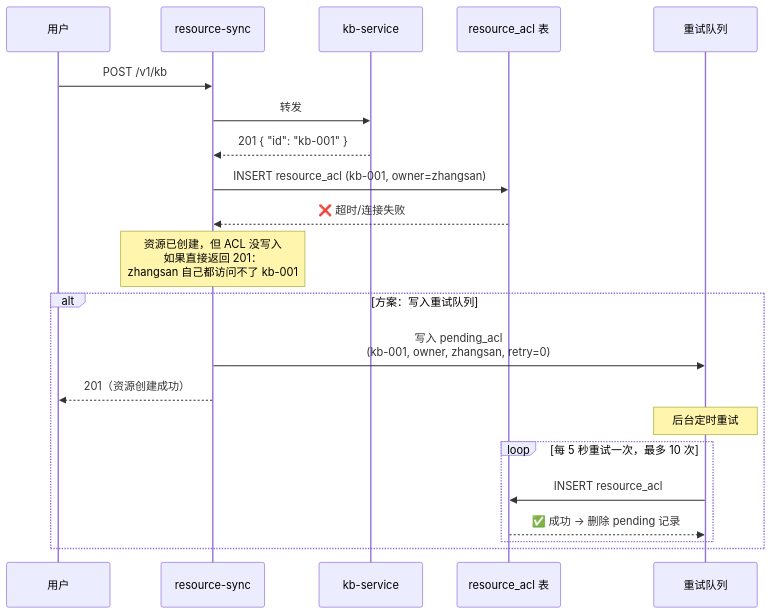
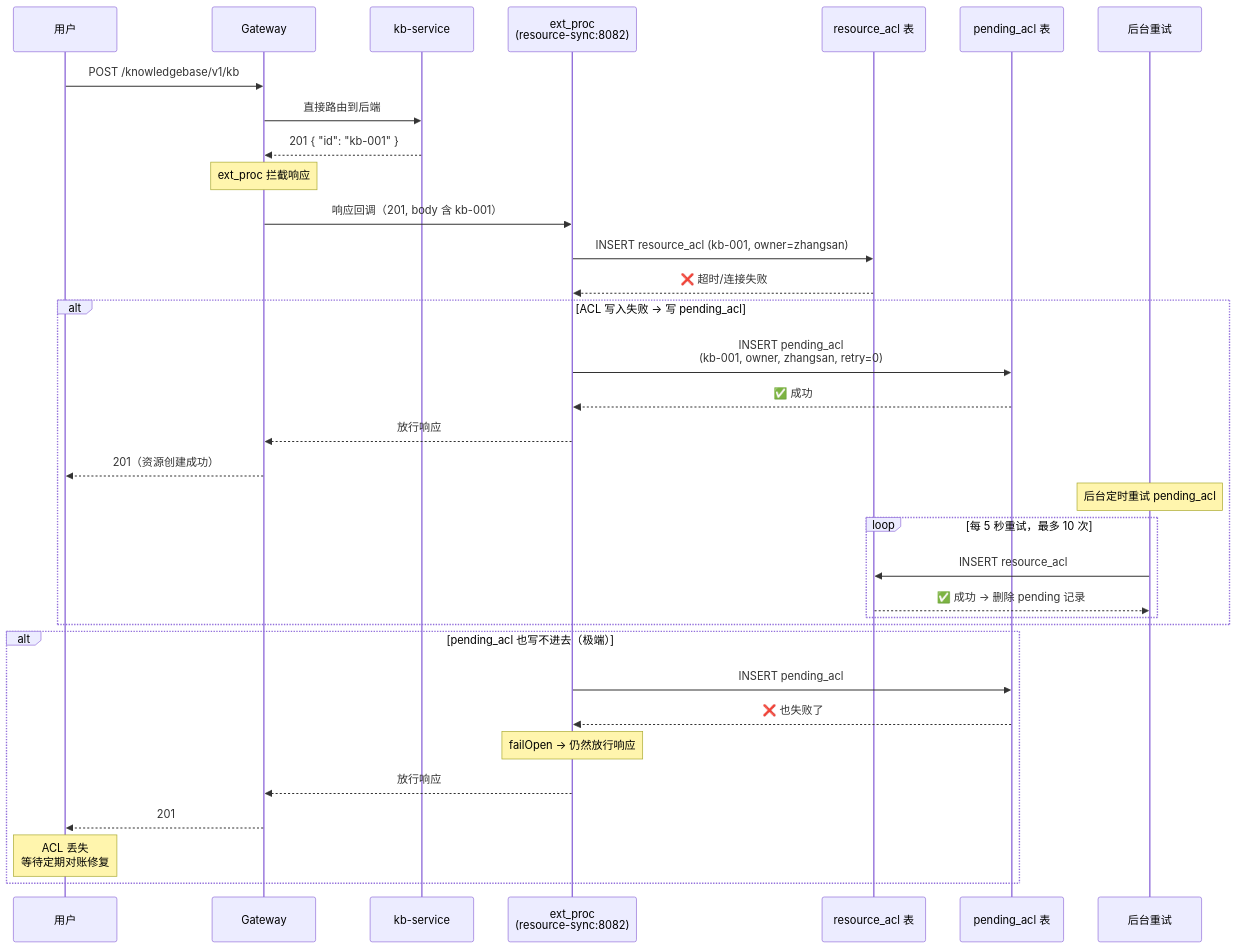
Before and after one commit to xiewanchao/aidp-iam: the third of 16 diagrams in diagrams/failure-scenarios.md, drawn with Mermaid. The commit also changed other lines of this file and 5 other files, not shown here.

````diff
--- a/diagrams/failure-scenarios.md
+++ b/diagrams/failure-scenarios.md
@@ -44,27 +78,42 @@
 ```mermaid
 sequenceDiagram
     participant U as 用户
-    participant RS as resource-sync
+    participant GW as Gateway
     participant KB as kb-service
+    participant EP as ext_proc<br/>(resource-sync:8082)
     participant DB as resource_acl 表
-    participant RETRY as 重试队列
+    participant PA as pending_acl 表
+    participant RETRY as 后台重试
 
-    U->>RS: POST /v1/kb
-    RS->>KB: 转发
-    KB-->>RS: 201 { "id": "kb-001" }
+    U->>GW: POST /knowledgebase/v1/kb
+    GW->>KB: 直接路由到后端
+    KB-->>GW: 201 { "id": "kb-001" }
 
-    RS->>DB: INSERT resource_acl (kb-001, owner=zhangsan)
-    DB-->>RS: ❌ 超时/连接失败
+    Note over GW: ext_proc 拦截响应
 
-    Note over RS: 资源已创建，但 ACL 没写入<br/>如果直接返回 201：<br/>zhangsan 自己都访问不了 kb-001
+    GW->>EP: 响应回调（201, body 含 kb-001）
+    EP->>DB: INSERT resource_acl (kb-001, owner=zhangsan)
+    DB-->>EP: ❌ 超时/连接失败
 
-    alt 方案：写入重试队列
-        RS->>RETRY: 写入 pending_acl<br/>(kb-001, owner, zhangsan, retry=0)
-        RS-->>U: 201（资源创建成功）
-        Note over RETRY: 后台定时重试
-        loop 每 5 秒重试一次，最多 10 次
+    alt ACL 写入失败 → 写 pending_acl
+        EP->>PA: INSERT pending_acl<br/>(kb-001, owner, zhangsan, retry=0)
+        PA-->>EP: ✅ 成功
+        EP-->>GW: 放行响应
+        GW-->>U: 201（资源创建成功）
+
+        Note over RETRY: 后台定时重试 pending_acl
+        loop 每 5 秒重试，最多 10 次
             RETRY->>DB: INSERT resource_acl
             DB-->>RETRY: ✅ 成功 → 删除 pending 记录
         end
     end
+
+    alt pending_acl 也写不进去（极端）
+        EP->>PA: INSERT pending_acl
+        PA-->>EP: ❌ 也失败了
+        Note over EP: failOpen → 仍然放行响应
+        EP-->>GW: 放行响应
+        GW-->>U: 201
+        Note over U: ACL 丢失<br/>等待定期对账修复
+    end
 ```
````
